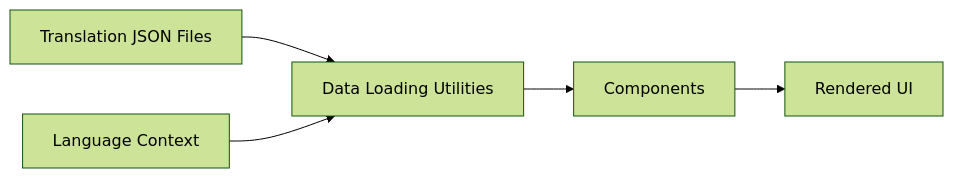
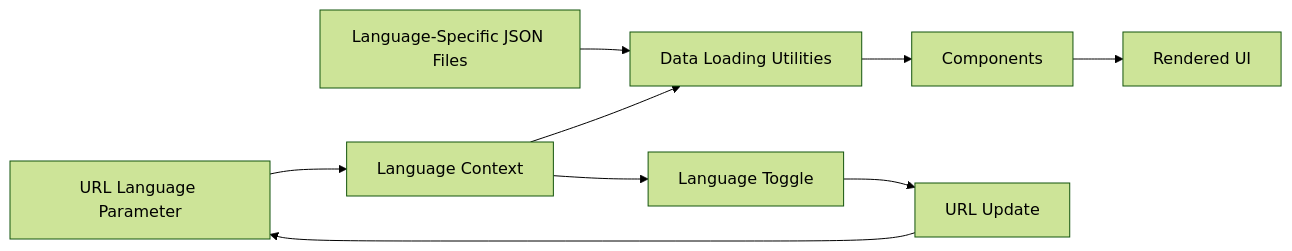
One commit to antiguatechlabs/antigua-tech-labs changed the second of 2 diagrams in memory-bank/systemPatterns.md. Above: the diagram before and after it, drawn with Mermaid (forest theme). The commit also changed other lines of this file and 46 other files, not shown here.

````diff
--- a/memory-bank/systemPatterns.md
+++ b/memory-bank/systemPatterns.md
@@ -28,7 +32,11 @@
 ```mermaid
 flowchart LR
-    A[Translation JSON Files] --> B[Data Loading Utilities]
-    C[Language Context] --> B
-    B --> D[Components]
-    D --> E[Rendered UI]
+    A[URL Language Parameter] --> B[Language Context]
+    C[Language-Specific JSON Files] --> D[Data Loading Utilities]
+    B --> D
+    D --> E[Components]
+    E --> F[Rendered UI]
+    B --> G[Language Toggle]
+    G --> H[URL Update]
+    H --> A
 ```
````
